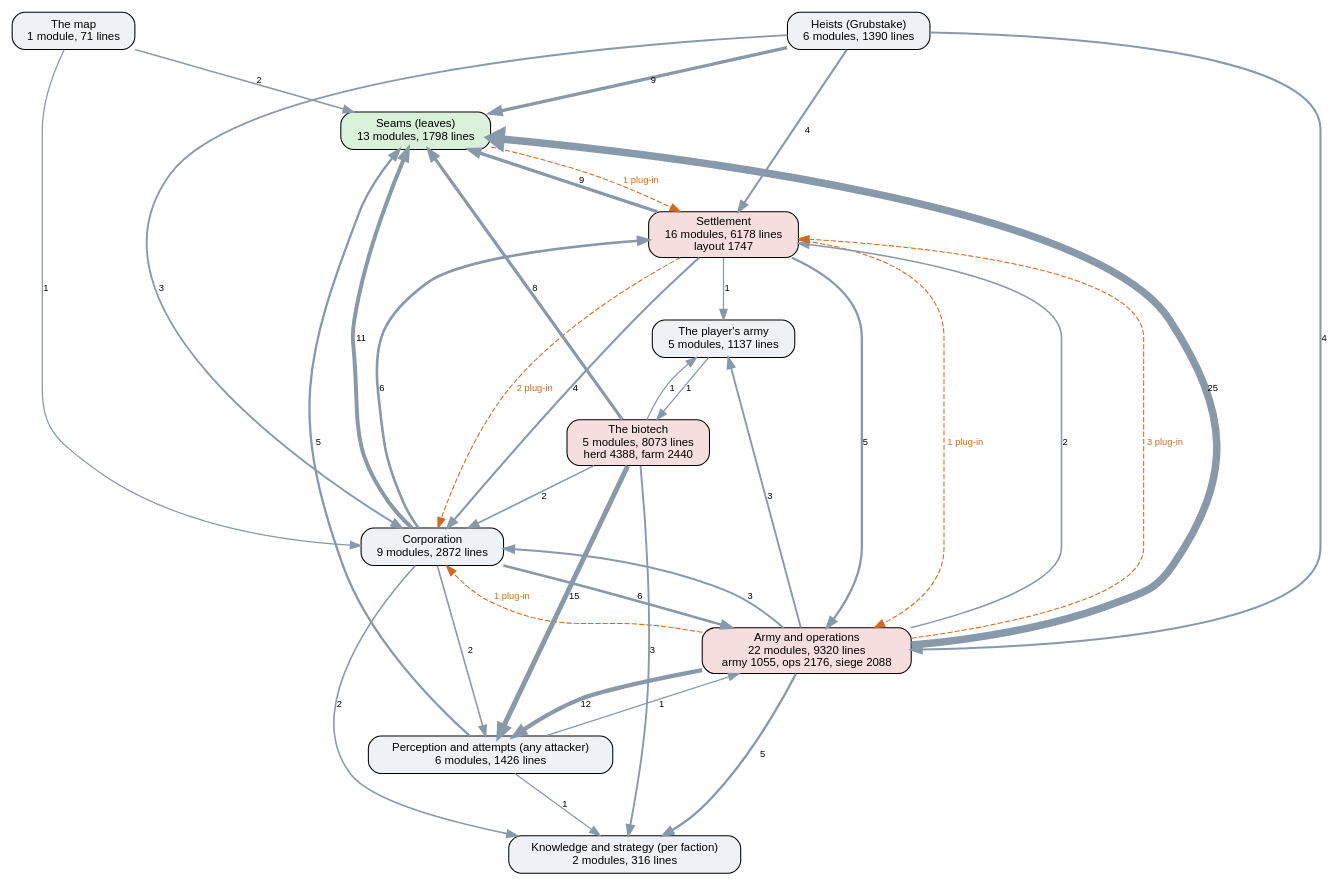
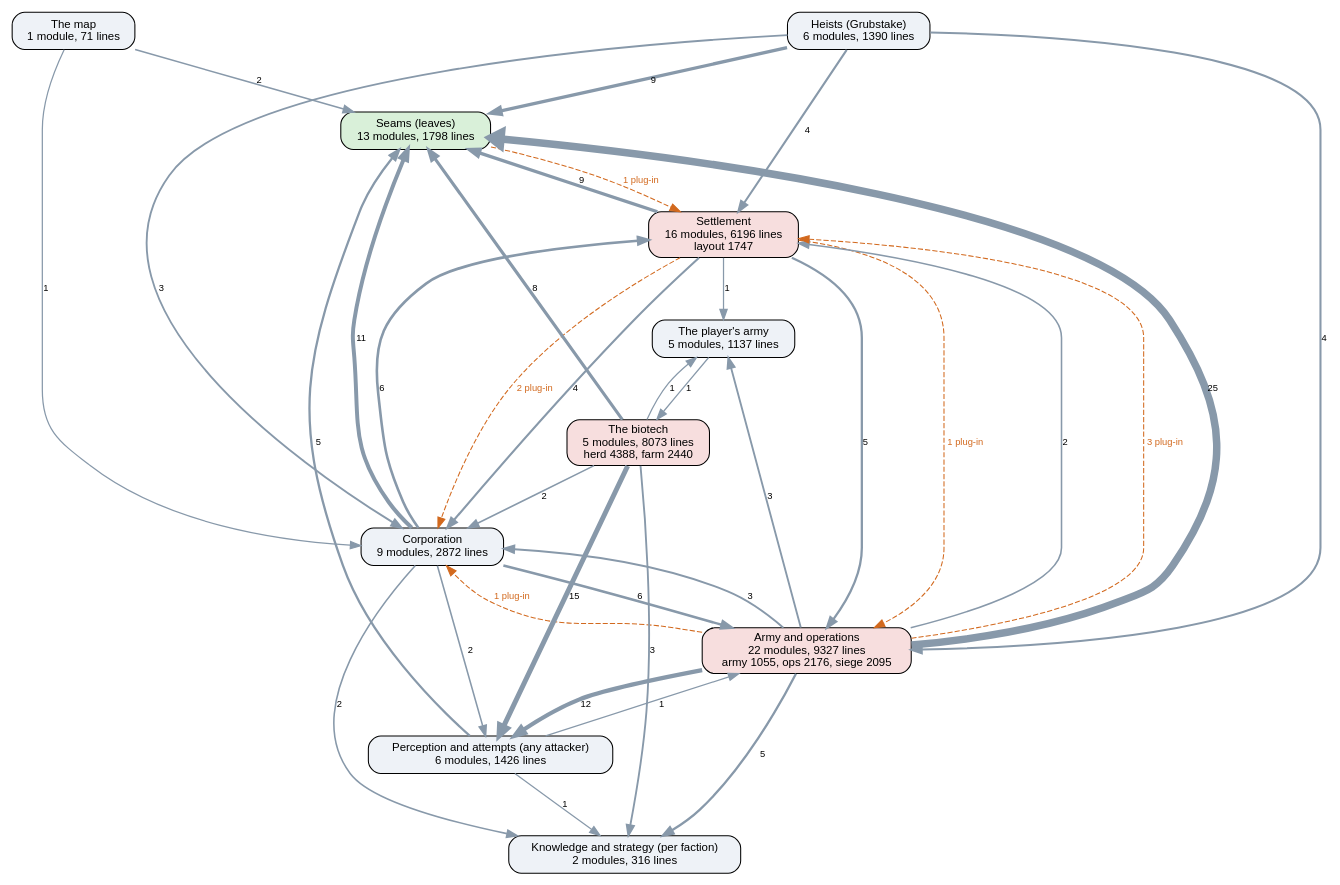
Before and after one commit to kinelhu/landing-party: the diagram in docs/ai-layers.dot, drawn with Graphviz. The commit also changed 11 other files, not shown here.

```diff
--- a/docs/ai-layers.dot
+++ b/docs/ai-layers.dot
@@ -1,50 +1,50 @@
 digraph layers {
   graph [rankdir=TB, fontname="Helvetica", nodesep=0.5, ranksep=0.7];
   node [shape=box, style="rounded,filled", fontname="Helvetica", fontsize=11, fillcolor="#eef2f7"];
   edge [color="#8899aa", fontname="Helvetica", fontsize=9];
   "Seams (leaves)" [label="Seams (leaves)\n13 modules, 1798 lines", fillcolor="#d9f0d9"];
   "Perception and attempts (any attacker)" [label="Perception and attempts (any attacker)\n6 modules, 1426 lines", fillcolor="#eef2f7"];
   "Knowledge and strategy (per faction)" [label="Knowledge and strategy (per faction)\n2 modules, 316 lines", fillcolor="#eef2f7"];
   "Corporation" [label="Corporation\n9 modules, 2872 lines", fillcolor="#eef2f7"];
-  "Settlement" [label="Settlement\n16 modules, 6178 lines\nlayout 1747", fillcolor="#f7dede"];
-  "Army and operations" [label="Army and operations\n22 modules, 9320 lines\narmy 1055, ops 2176, siege 2088", fillcolor="#f7dede"];
+  "Settlement" [label="Settlement\n16 modules, 6196 lines\nlayout 1747", fillcolor="#f7dede"];
+  "Army and operations" [label="Army and operations\n22 modules, 9327 lines\narmy 1055, ops 2176, siege 2095", fillcolor="#f7dede"];
   "Heists (Grubstake)" [label="Heists (Grubstake)\n6 modules, 1390 lines", fillcolor="#eef2f7"];
   "The biotech" [label="The biotech\n5 modules, 8073 lines\nherd 4388, farm 2440", fillcolor="#f7dede"];
   "The map" [label="The map\n1 module, 71 lines", fillcolor="#eef2f7"];
   "The player's army" [label="The player's army\n5 modules, 1137 lines", fillcolor="#eef2f7"];
   "Army and operations" -> "Corporation" [label="3", penwidth=1.8];
   "Army and operations" -> "Knowledge and strategy (per faction)" [label="5", penwidth=2.2];
   "Army and operations" -> "Perception and attempts (any attacker)" [label="12", penwidth=4.0];
   "Army and operations" -> "Seams (leaves)" [label="25", penwidth=7.2];
   "Army and operations" -> "Settlement" [label="2", penwidth=1.5];
   "Army and operations" -> "The player's army" [label="3", penwidth=1.8];
   "Corporation" -> "Army and operations" [label="6", penwidth=2.5];
   "Corporation" -> "Knowledge and strategy (per faction)" [label="2", penwidth=1.5];
   "Corporation" -> "Perception and attempts (any attacker)" [label="2", penwidth=1.5];
   "Corporation" -> "Seams (leaves)" [label="11", penwidth=3.8];
   "Corporation" -> "Settlement" [label="6", penwidth=2.5];
   "Heists (Grubstake)" -> "Army and operations" [label="4", penwidth=2.0];
   "Heists (Grubstake)" -> "Corporation" [label="3", penwidth=1.8];
   "Heists (Grubstake)" -> "Seams (leaves)" [label="9", penwidth=3.2];
   "Heists (Grubstake)" -> "Settlement" [label="4", penwidth=2.0];
   "Perception and attempts (any attacker)" -> "Army and operations" [label="1", penwidth=1.2];
   "Perception and attempts (any attacker)" -> "Knowledge and strategy (per faction)" [label="1", penwidth=1.2];
   "Perception and attempts (any attacker)" -> "Seams (leaves)" [label="5", penwidth=2.2];
   "Settlement" -> "Army and operations" [label="5", penwidth=2.2];
   "Settlement" -> "Corporation" [label="4", penwidth=2.0];
   "Settlement" -> "Seams (leaves)" [label="9", penwidth=3.2];
   "Settlement" -> "The player's army" [label="1", penwidth=1.2];
   "The biotech" -> "Corporation" [label="2", penwidth=1.5];
   "The biotech" -> "Knowledge and strategy (per faction)" [label="3", penwidth=1.8];
   "The biotech" -> "Perception and attempts (any attacker)" [label="15", penwidth=4.8];
   "The biotech" -> "Seams (leaves)" [label="8", penwidth=3.0];
   "The biotech" -> "The player's army" [label="1", penwidth=1.2];
   "The map" -> "Corporation" [label="1", penwidth=1.2];
   "The map" -> "Seams (leaves)" [label="2", penwidth=1.5];
   "The player's army" -> "The biotech" [label="1", penwidth=1.2];
   "Army and operations" -> "Corporation" [style=dashed, color="#d2691e", fontcolor="#d2691e", label="1 plug-in"];
   "Army and operations" -> "Settlement" [style=dashed, color="#d2691e", fontcolor="#d2691e", label="3 plug-in"];
   "Seams (leaves)" -> "Settlement" [style=dashed, color="#d2691e", fontcolor="#d2691e", label="1 plug-in"];
   "Settlement" -> "Army and operations" [style=dashed, color="#d2691e", fontcolor="#d2691e", label="1 plug-in"];
   "Settlement" -> "Corporation" [style=dashed, color="#d2691e", fontcolor="#d2691e", label="2 plug-in"];
 }
```
